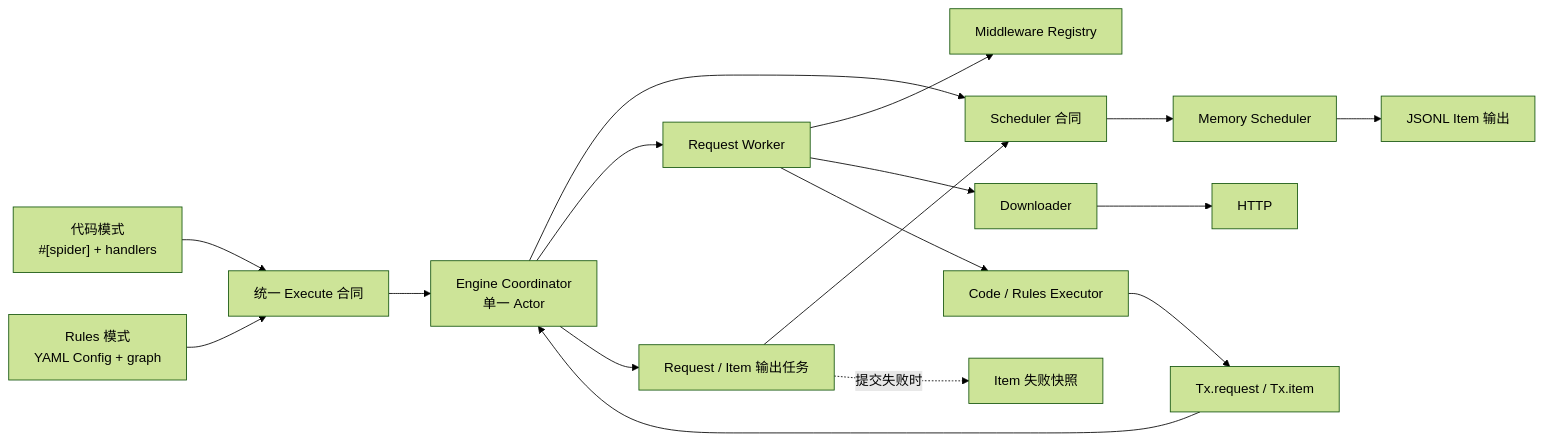
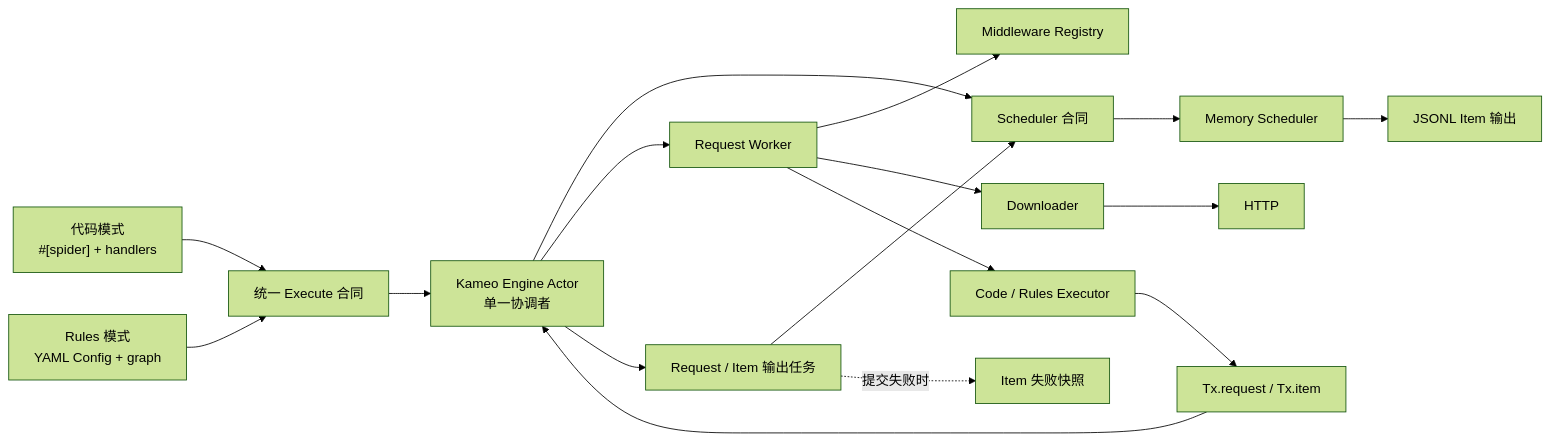
Before and after one commit to halo-space/crawler: the first of 5 diagrams in docs/architecture.zh-CN.md, drawn with Mermaid (forest theme). The commit also changed other lines of this file and 67 other files, not shown here.

````diff
--- a/docs/architecture.zh-CN.md
+++ b/docs/architecture.zh-CN.md
@@ -52,35 +52,35 @@
 ```mermaid
 flowchart LR
     C["代码模式<br/>#[spider] + handlers"]
     R["Rules 模式<br/>YAML Config + graph"]
     X["统一 Execute 合同"]
     T["Tx.request / Tx.item"]
-    A["Engine Coordinator<br/>单一 Actor"]
+    A["Kameo Engine Actor<br/>单一协调者"]
     S["Scheduler 合同"]
     M["Memory Scheduler"]
     W["Request Worker"]
     MW["Middleware Registry"]
     D["Downloader"]
     H["HTTP"]
     E["Code / Rules Executor"]
     O["Request / Item 输出任务"]
     P["JSONL Item 输出"]
     F["Item 失败快照"]
 
     C --> X
     R --> X
     X --> A
     A --> S
     S --> M
     A --> W
     W --> MW
     W --> D
     D --> H
     W --> E
     E --> T
     T --> A
     A --> O
     O --> S
     M --> P
     O -. 提交失败时 .-> F
 ```
````
